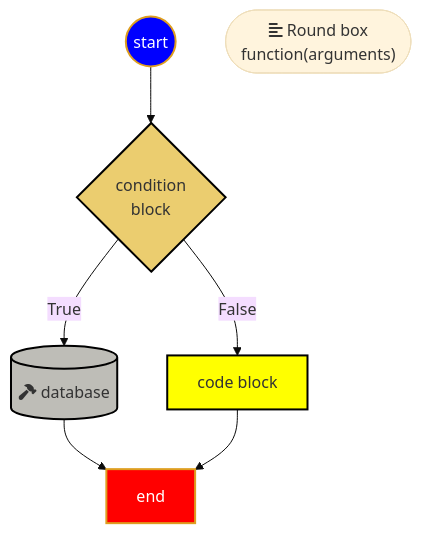
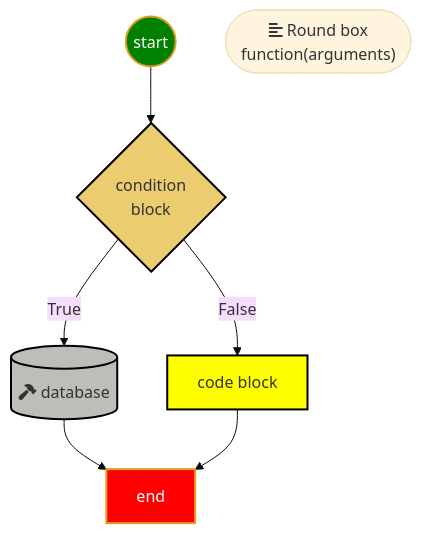
One commit to jwang1122/java changed the first of 3 diagrams in doc/utilities.md. Above: the diagram before and after it, drawn with Mermaid (base theme). The commit also changed other lines of this file and 48 other files, not shown here.

````diff
--- a/doc/utilities.md
+++ b/doc/utilities.md
@@ -51,27 +51,27 @@
 ```mermaid
 graph TB
 
 START((start))
 END[end]
 B[code block]
 C(["fa:fa-align-left Round box<br>function(arguments)"])
 IF{condition<br> block}
 DB[("fa:fa-hammer database")]
 
 START-->IF
 IF--True-->DB-->END
 IF--False-->B-->END
 
-classDef start fill:blue,stroke:#DE9E1F,stroke-width:2px,color:white;
+classDef start fill:green,stroke:#DE9E1F,stroke-width:2px,color:white;
 classDef process fill:#F46624,stroke:#F46624,stroke-width:4px,color:white;
 classDef js fill:yellow,stroke:black,stroke-width:2px;
 classDef if fill:#EBCD6F,stroke:black,stroke-width:2px;
 classDef db fill:#BEBDB7,stroke:black,stroke-width:2px;
 classDef end1 fill:red,stroke:#DE9E1F,stroke-width:2px,color:white;
 
 class START start
 class B,D,E js
 class IF if
 class DB db
 class END end1
 ```
````
